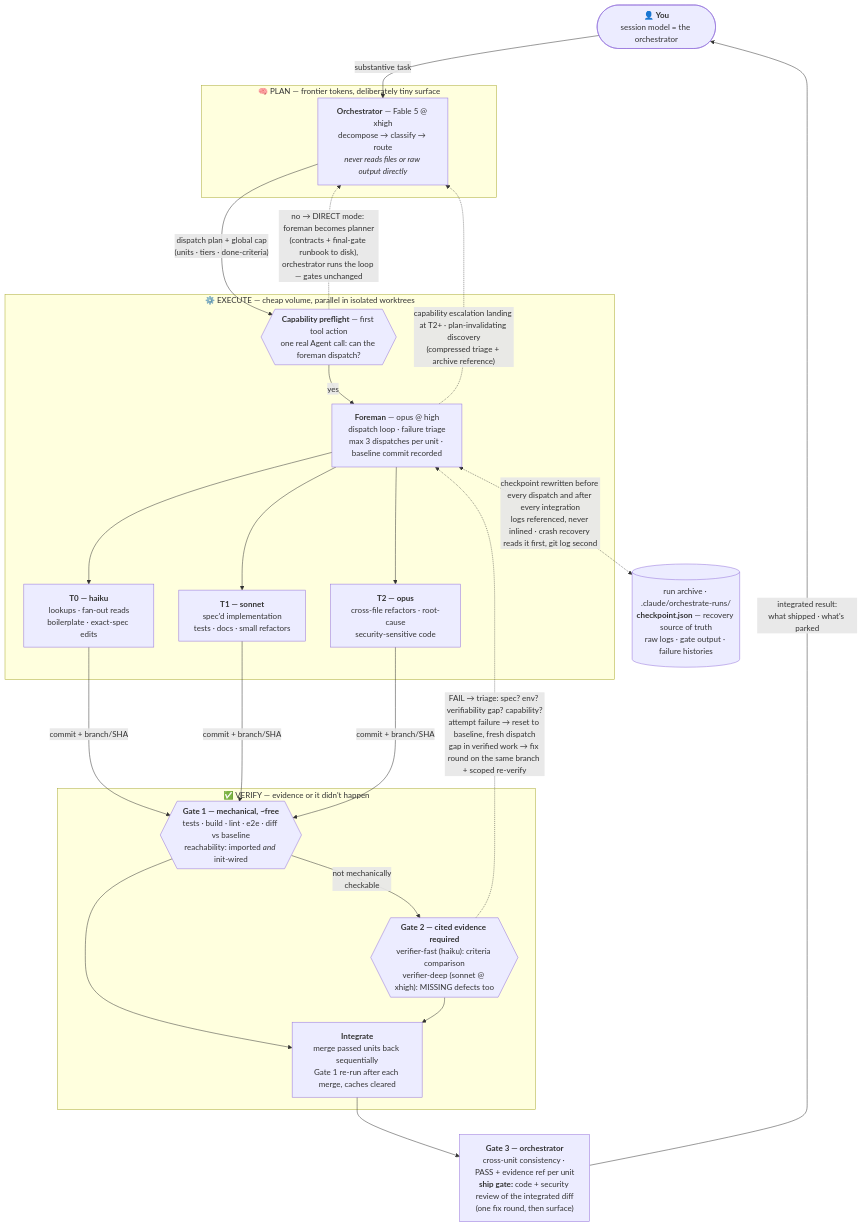
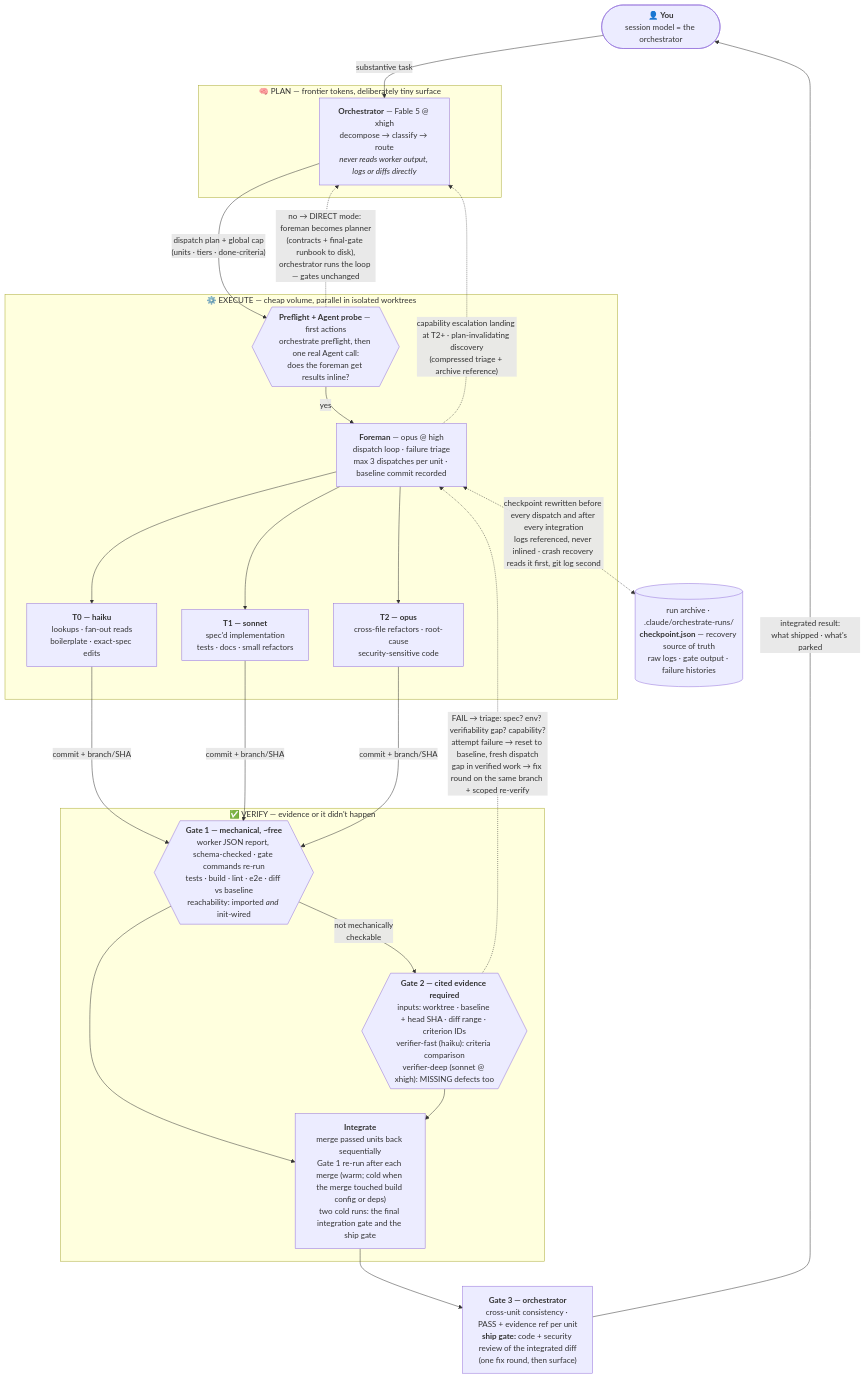
Before and after one commit to midego1/claude-orchestrate: the diagram in README.md, drawn with Mermaid. The commit also changed other lines of this file and 25 other files, not shown here.

First line of the commit message:
release: v0.6.0 — CLI, hooks, schemas, verified dispatch mode (#9)

````diff
--- a/README.md
+++ b/README.md
@@ -135,40 +176,40 @@
 ```mermaid
 flowchart TB
     YOU(["👤 <b>You</b><br/>session model = the orchestrator"])
 
     subgraph PLAN["&nbsp;🧠 PLAN — frontier tokens, deliberately tiny surface&nbsp;"]
-        O["<b>Orchestrator</b> — Fable 5 @ xhigh<br/>decompose → classify → route<br/><i>never reads files or raw output directly</i>"]
+        O["<b>Orchestrator</b> — Fable 5 @ xhigh<br/>decompose → classify → route<br/><i>never reads worker output, logs or diffs directly</i>"]
     end
 
     subgraph EXEC["&nbsp;⚙️ EXECUTE — cheap volume, parallel in isolated worktrees&nbsp;"]
-        PF{{"<b>Capability preflight</b> — first tool action<br/>one real Agent call: can the foreman dispatch?"}}
+        PF{{"<b>Preflight + Agent probe</b> — first actions<br/>orchestrate preflight, then one real Agent call:<br/>does the foreman get results inline?"}}
         F["<b>Foreman</b> — opus @ high<br/>dispatch loop · failure triage<br/>max 3 dispatches per unit · baseline commit recorded"]
         W0["<b>T0 — haiku</b><br/>lookups · fan-out reads<br/>boilerplate · exact-spec edits"]
         W1["<b>T1 — sonnet</b><br/>spec'd implementation<br/>tests · docs · small refactors"]
         W2["<b>T2 — opus</b><br/>cross-file refactors · root-cause<br/>security-sensitive code"]
         PF -->|"yes"| F
         F --> W0 & W1 & W2
     end
 
     subgraph VERIFY["&nbsp;✅ VERIFY — evidence or it didn't happen&nbsp;"]
-        G1{{"<b>Gate 1 — mechanical, ~free</b><br/>tests · build · lint · e2e · diff vs baseline<br/>reachability: imported <i>and</i> init-wired"}}
-        G2{{"<b>Gate 2 — cited evidence required</b><br/>verifier-fast (haiku): criteria comparison<br/>verifier-deep (sonnet @ xhigh): MISSING defects too"}}
-        MERGE["<b>Integrate</b><br/>merge passed units back sequentially<br/>Gate 1 re-run after each merge, caches cleared"]
+        G1{{"<b>Gate 1 — mechanical, ~free</b><br/>worker JSON report, schema-checked · gate commands re-run<br/>tests · build · lint · e2e · diff vs baseline<br/>reachability: imported <i>and</i> init-wired"}}
+        G2{{"<b>Gate 2 — cited evidence required</b><br/>inputs: worktree · baseline + head SHA · diff range · criterion IDs<br/>verifier-fast (haiku): criteria comparison<br/>verifier-deep (sonnet @ xhigh): MISSING defects too"}}
+        MERGE["<b>Integrate</b><br/>merge passed units back sequentially<br/>Gate 1 re-run after each merge (warm; cold when the merge touched build config or deps)<br/>two cold runs: the final integration gate and the ship gate"]
     end
 
     G3["<b>Gate 3 — orchestrator</b><br/>cross-unit consistency · PASS + evidence ref per unit<br/><b>ship gate:</b> code + security review of the integrated diff<br/>(one fix round, then surface)"]
     AR[("run archive · .claude/orchestrate-runs/<br/><b>checkpoint.json</b> — recovery source of truth<br/>raw logs · gate output · failure histories")]
 
     YOU -->|"substantive task"| O
     O -->|"dispatch plan + global cap<br/>(units · tiers · done-criteria)"| PF
     PF -. "no → DIRECT mode: foreman becomes planner<br/>(contracts + final-gate runbook to disk),<br/>orchestrator runs the loop — gates unchanged" .-> O
     W0 & W1 & W2 -->|"commit + branch/SHA"| G1
     G1 -->|"not mechanically<br/>checkable"| G2
     G1 --> MERGE
     G2 --> MERGE
     G2 -. "FAIL → triage: spec? env? verifiability gap? capability?<br/>attempt failure → reset to baseline, fresh dispatch<br/>gap in verified work → fix round on the same branch + scoped re-verify" .-> F
     F -. "capability escalation landing at T2+ · plan-invalidating discovery<br/>(compressed triage + archive reference)" .-> O
     F <-. "checkpoint rewritten before every dispatch and after every integration<br/>logs referenced, never inlined · crash recovery reads it first, git log second" .-> AR
     MERGE --> G3
     G3 -->|"integrated result:<br/>what shipped · what's parked"| YOU
 ```
````
